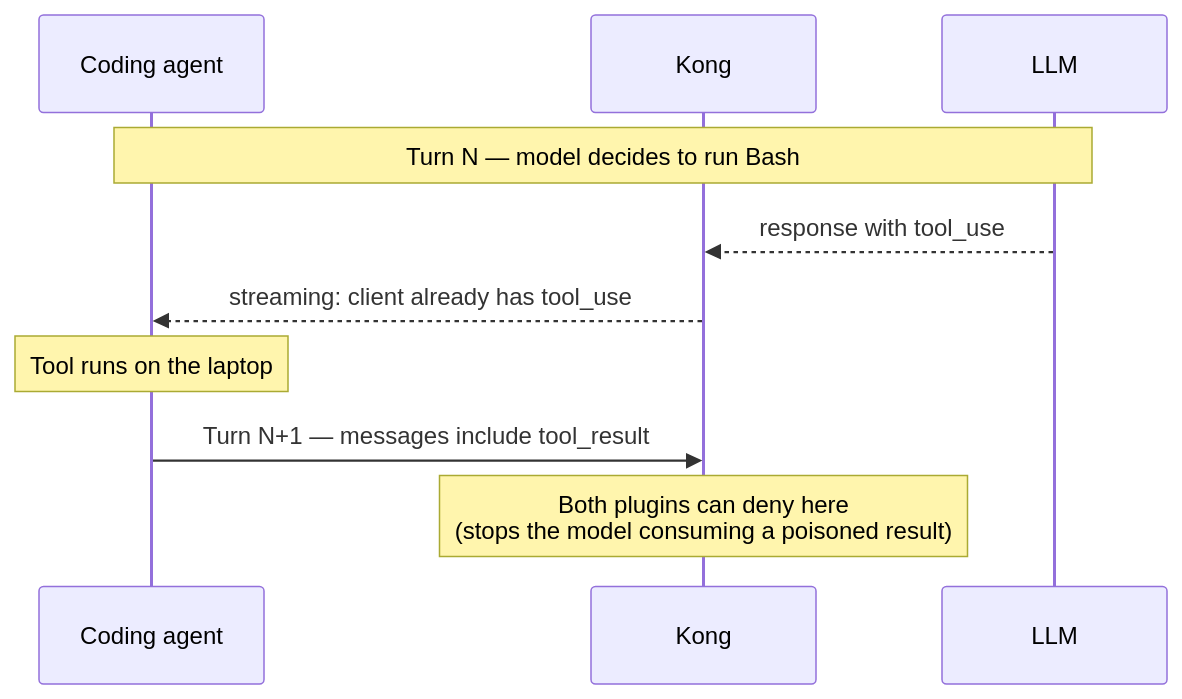
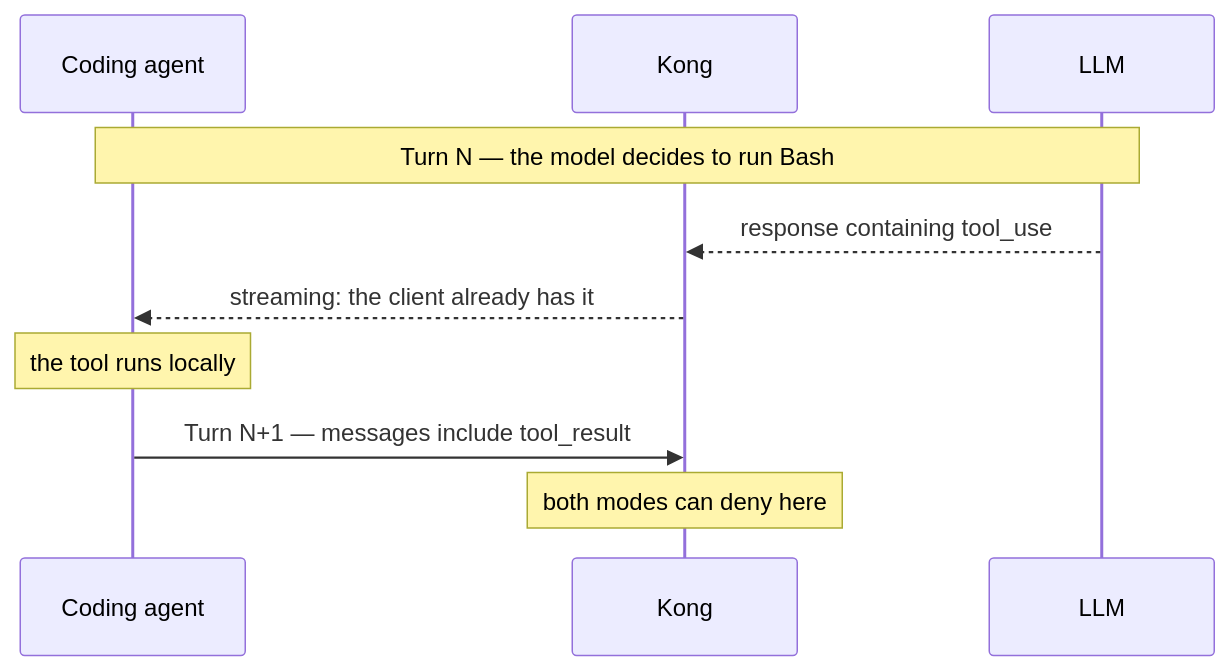
The diagram in README.md (straiker-ai/kong), drawn with Mermaid before and after one commit. The commit also changed other lines of this file and 15 other files, not shown here.

````diff
--- a/README.md
+++ b/README.md
@@ -250,13 +45,13 @@
 ```mermaid
 sequenceDiagram
     participant Agent as Coding agent
     participant Kong
     participant LLM
 
-    Note over Agent,LLM: Turn N — model decides to run Bash
-    LLM-->>Kong: response with tool_use
-    Kong-->>Agent: streaming: client already has tool_use
-    Note over Agent: Tool runs on the laptop
+    Note over Agent,LLM: Turn N — the model decides to run Bash
+    LLM-->>Kong: response containing tool_use
+    Kong-->>Agent: streaming: the client already has it
+    Note over Agent: the tool runs locally
     Agent->>Kong: Turn N+1 — messages include tool_result
-    Note over Kong: Both plugins can deny here<br/>(stops the model consuming a poisoned result)
+    Note over Kong: both modes can deny here
 ```
````
